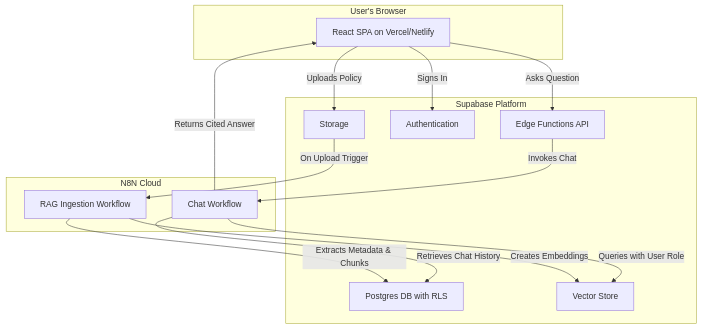
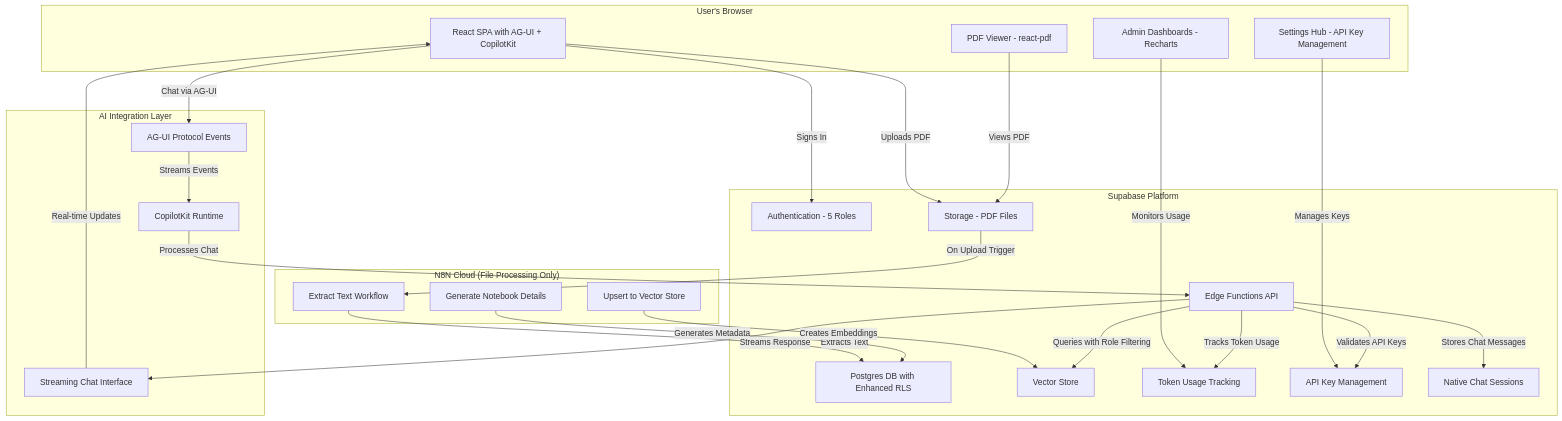
One commit to demigod97/hhpolicy-ai changed the first of 2 diagrams in docs/architecture/high-level-architecture.md. Above: the diagram before and after it, drawn with Mermaid. The commit also changed other lines of this file and 305 other files, not shown here.

````diff
--- a/docs/architecture/high-level-architecture.md
+++ b/docs/architecture/high-level-architecture.md
@@ -8,33 +9,54 @@
 ```mermaid
 graph TD
     subgraph "User's Browser"
-        A[React SPA on Vercel/Netlify]
+        A[React SPA with AG-UI + CopilotKit]
+        A1[PDF Viewer - react-pdf]
+        A2[Admin Dashboards - Recharts]
+        A3[Settings Hub - API Key Management]
     end
 
     subgraph "Supabase Platform"
         B[Edge Functions API]
-        C[Authentication]
-        D[Storage]
-        E[Postgres DB with RLS]
+        C[Authentication - 5 Roles]
+        D[Storage - PDF Files]
+        E[Postgres DB with Enhanced RLS]
         F[Vector Store]
+        G[Token Usage Tracking]
+        H[API Key Management]
+        I[Native Chat Sessions]
     end
 
-    subgraph "N8N Cloud"
-        G[RAG Ingestion Workflow]
-        H[Chat Workflow]
+    subgraph "N8N Cloud (File Processing Only)"
+        J[Extract Text Workflow]
+        K[Upsert to Vector Store]
+        L[Generate Notebook Details]
+    end
+
+    subgraph "AI Integration Layer"
+        M[AG-UI Protocol Events]
+        N[CopilotKit Runtime]
+        O[Streaming Chat Interface]
     end
 
     A -- "Signs In" --> C
-    A -- "Uploads Policy" --> D
-    A -- "Asks Question" --> B
+    A -- "Uploads PDF" --> D
+    A -- "Chat via AG-UI" --> M
+    A1 -- "Views PDF" --> D
+    A2 -- "Monitors Usage" --> G
+    A3 -- "Manages Keys" --> H
     
-    D -- "On Upload Trigger" --> G
-    B -- "Invokes Chat" --> H
+    D -- "On Upload Trigger" --> J
+    M -- "Streams Events" --> N
+    N -- "Processes Chat" --> B
 
-    G -- "Extracts Metadata & Chunks" --> E
-    G -- "Creates Embeddings" --> F
+    J -- "Extracts Text" --> E
+    K -- "Creates Embeddings" --> F
+    L -- "Generates Metadata" --> E
 
-    H -- "Queries with User Role" --> F
-    H -- "Retrieves Chat History" --> E
-    H -- "Returns Cited Answer" --> A
+    B -- "Queries with Role Filtering" --> F
+    B -- "Tracks Token Usage" --> G
+    B -- "Validates API Keys" --> H
+    B -- "Stores Chat Messages" --> I
+    B -- "Streams Response" --> O
+    O -- "Real-time Updates" --> A
 ```
````
